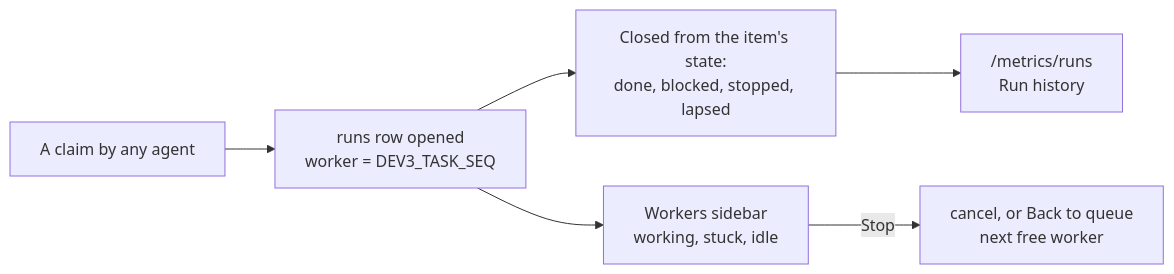
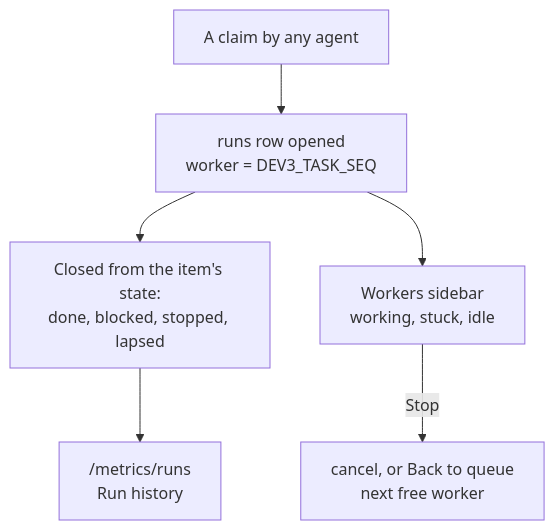
The eighth of 9 diagrams in docs/how-it-works.md (Pavlana/hirey), drawn with Mermaid before and after one commit. The commit also changed other lines of this file, not shown here.

Commit message:
Docs: top-down overview diagrams so they read at GitHub's width

````diff
--- a/docs/how-it-works.md
+++ b/docs/how-it-works.md
@@ -254,8 +254,8 @@
 ```mermaid
-flowchart LR
+flowchart TD
     claim["A claim by any agent"] --> run["runs row opened<br/>worker = DEV3_TASK_SEQ"]
     run --> state["Closed from the item's state:<br/>done, blocked, stopped, lapsed"]
     run --> side["Workers sidebar<br/>working, stuck, idle"]
     side -->|"Stop"| stop["cancel, or Back to queue<br/>next free worker"]
     state --> hist["/metrics/runs<br/>Run history"]
 ```
````
